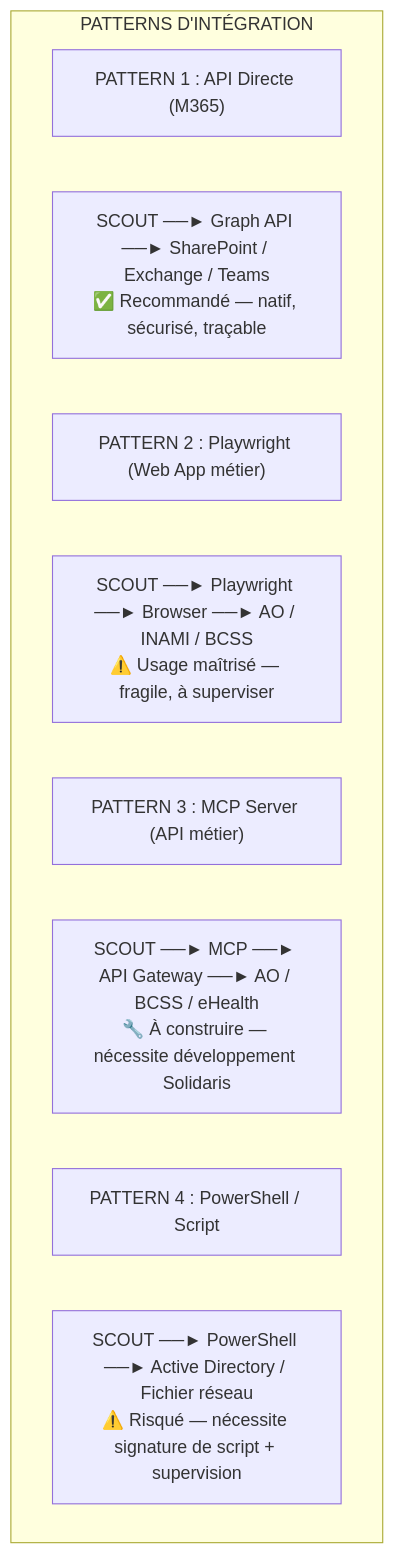
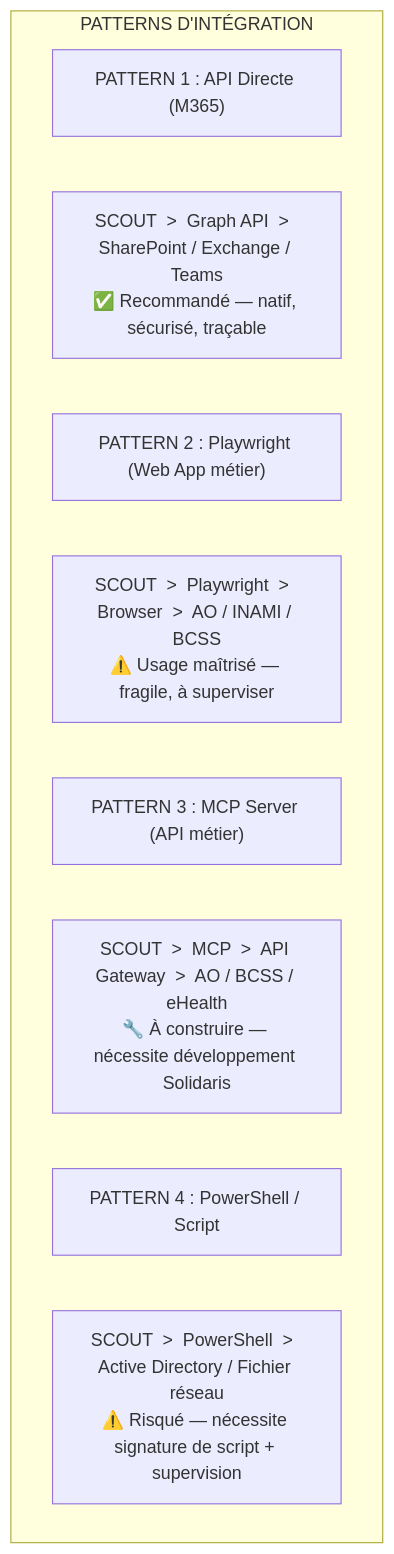
One commit to christophedanhier-hash/BAVI_LEO changed the sixth of 9 diagrams in docs/wiki/agent-pro/bureau-robert/analyse-scout-architecture.md. Above: the diagram before and after it, drawn with Mermaid. The commit also changed other lines of this file and 12 other files, not shown here.

Commit message:
fix: guillemets echappes et unicode arrows dans Mermaid (blocs 5-6)

````diff
--- a/docs/wiki/agent-pro/bureau-robert/analyse-scout-architecture.md
+++ b/docs/wiki/agent-pro/bureau-robert/analyse-scout-architecture.md
@@ -251,16 +251,16 @@
 ```mermaid
 flowchart TB
     subgraph PATTERNS["PATTERNS D'INTÉGRATION"]
         P1["PATTERN 1 : API Directe (M365)"]
-        P1_DESC["SCOUT ──► Graph API ──► SharePoint / Exchange / Teams<br/>✅ Recommandé — natif, sécurisé, traçable"]
+        P1_DESC["SCOUT  >  Graph API  >  SharePoint / Exchange / Teams<br/>✅ Recommandé — natif, sécurisé, traçable"]
 
         P2["PATTERN 2 : Playwright (Web App métier)"]
-        P2_DESC["SCOUT ──► Playwright ──► Browser ──► AO / INAMI / BCSS<br/>⚠️ Usage maîtrisé — fragile, à superviser"]
+        P2_DESC["SCOUT  >  Playwright  >  Browser  >  AO / INAMI / BCSS<br/>⚠️ Usage maîtrisé — fragile, à superviser"]
 
         P3["PATTERN 3 : MCP Server (API métier)"]
-        P3_DESC["SCOUT ──► MCP ──► API Gateway ──► AO / BCSS / eHealth<br/>🔧 À construire — nécessite développement Solidaris"]
+        P3_DESC["SCOUT  >  MCP  >  API Gateway  >  AO / BCSS / eHealth<br/>🔧 À construire — nécessite développement Solidaris"]
 
         P4["PATTERN 4 : PowerShell / Script"]
-        P4_DESC["SCOUT ──► PowerShell ──► Active Directory / Fichier réseau<br/>⚠️ Risqué — nécessite signature de script + supervision"]
+        P4_DESC["SCOUT  >  PowerShell  >  Active Directory / Fichier réseau<br/>⚠️ Risqué — nécessite signature de script + supervision"]
     end
 ```
````
